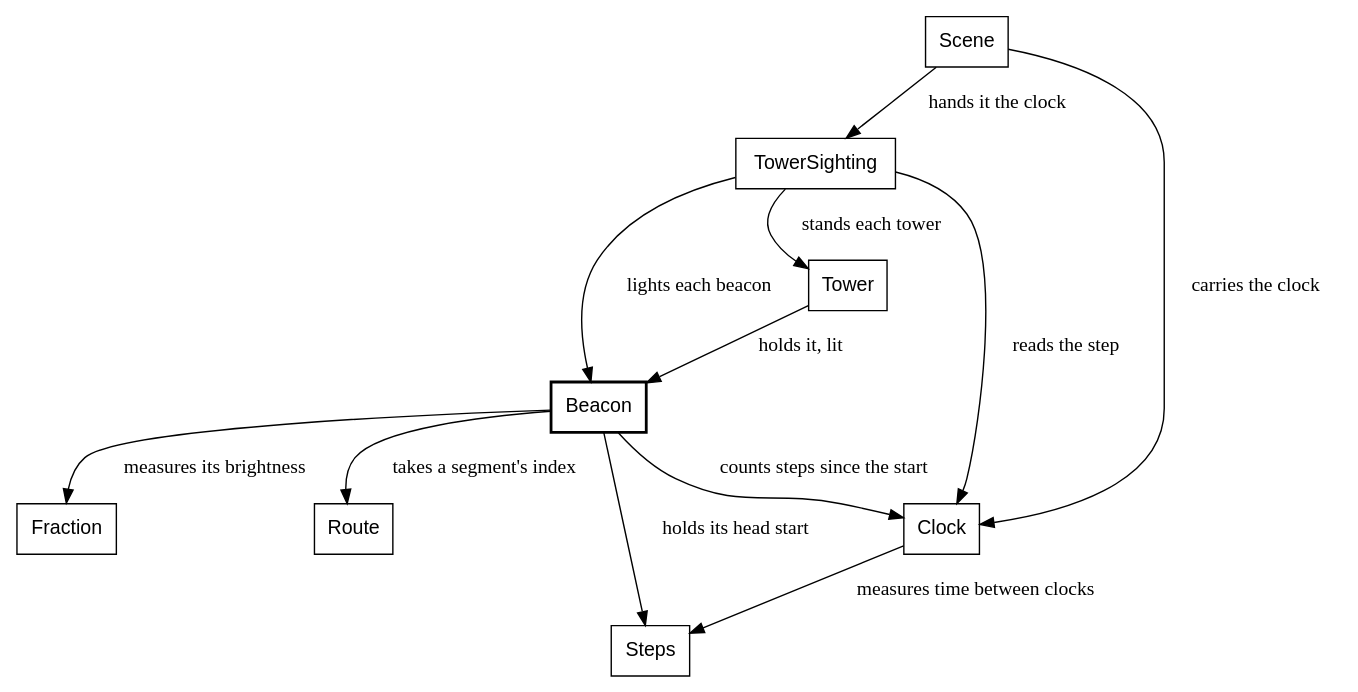
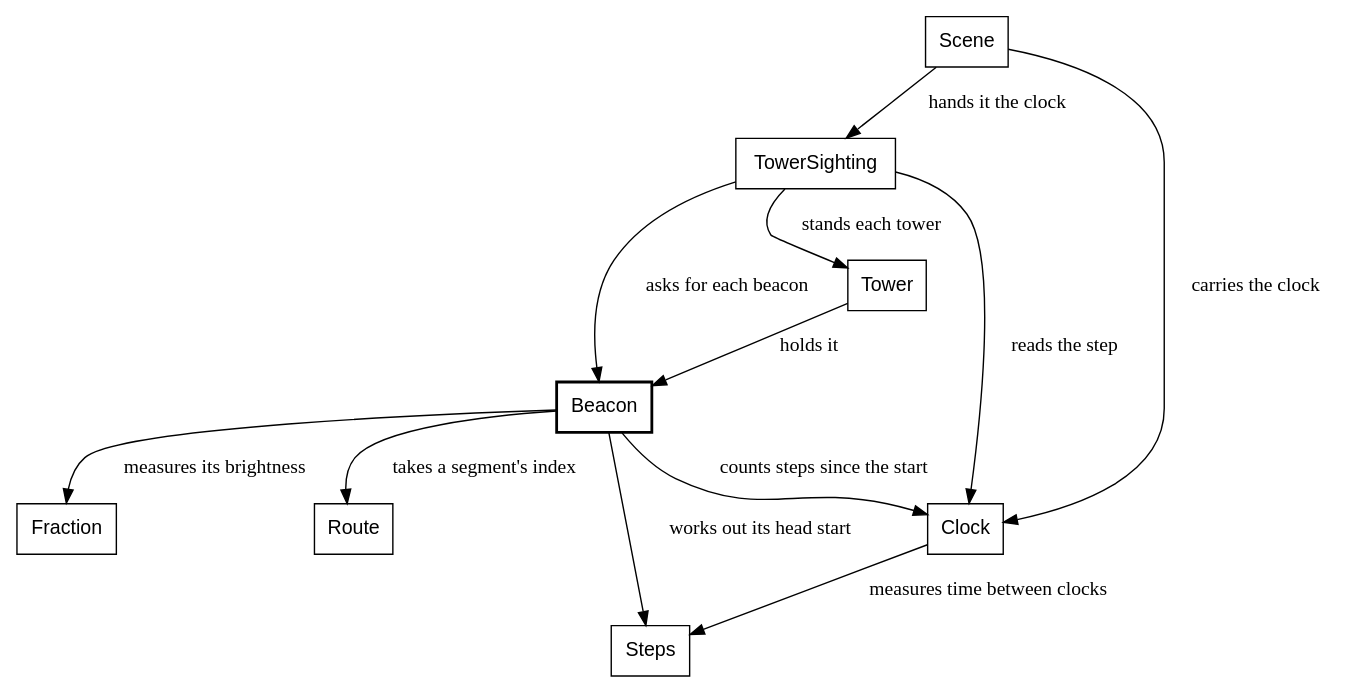
Before and after one commit to showell/roc-apps: diagram 13 of 30 in canvas_apps/safari/tutorial/tutorial.md, drawn with Graphviz. The commit also changed other lines of this file and 6 other files, not shown here.

````diff
--- a/canvas_apps/safari/tutorial/tutorial.md
+++ b/canvas_apps/safari/tutorial/tutorial.md
@@ -1393,17 +1392,17 @@
 ```dot
 digraph beacon {
   node [shape=box, fontname="Helvetica"];
   Beacon [style=bold];
   Scene -> TowerSighting [label="  hands it the clock"];
   Scene -> Clock [label="  carries the clock"];
-  TowerSighting -> Beacon [label="  lights each beacon"];
+  TowerSighting -> Beacon [label="  asks for each beacon"];
   TowerSighting -> Tower [label="  stands each tower"];
   TowerSighting -> Clock [label="  reads the step"];
   Beacon -> Clock [label="  counts steps since the start"];
-  Beacon -> Steps [label="  holds its head start"];
+  Beacon -> Steps [label="  works out its head start"];
   Beacon -> Fraction [label="  measures its brightness"];
   Beacon -> Route [label="  takes a segment's index"];
   Clock -> Steps [label="  measures time between clocks"];
-  Tower -> Beacon [label="  holds it, lit"];
+  Tower -> Beacon [label="  holds it"];
 }
 ```
````
